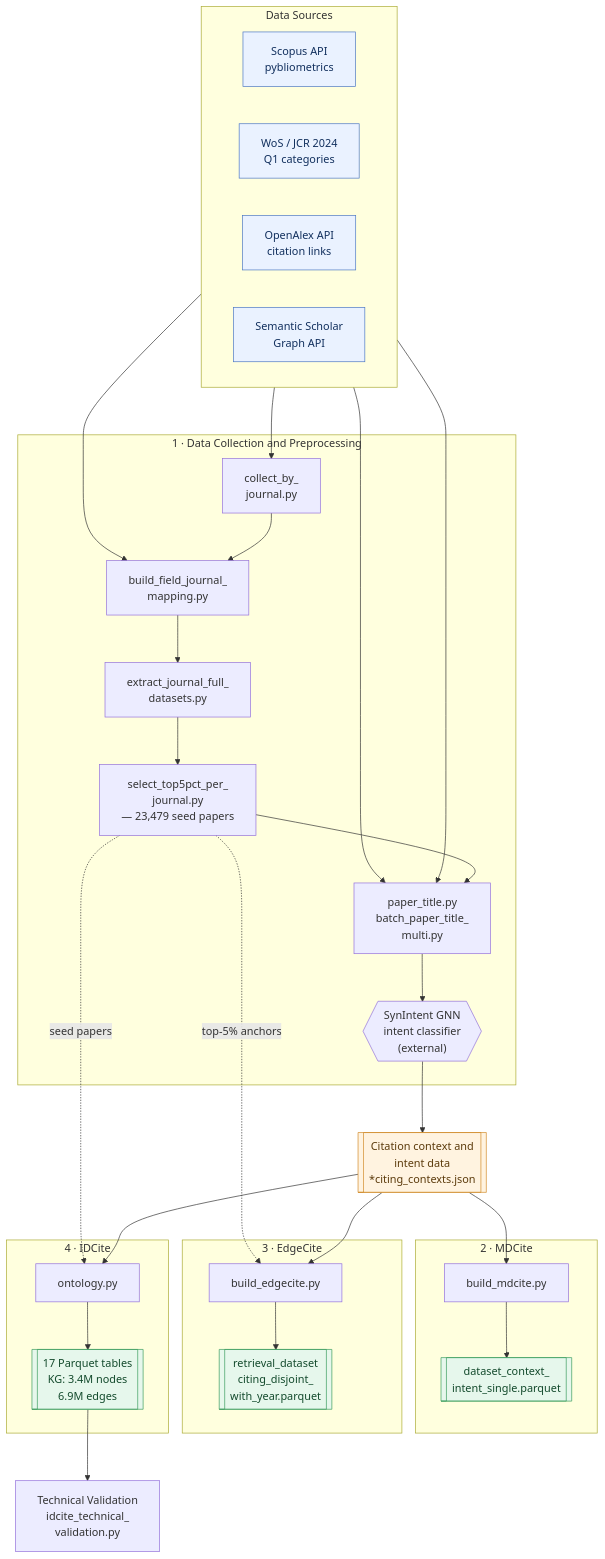
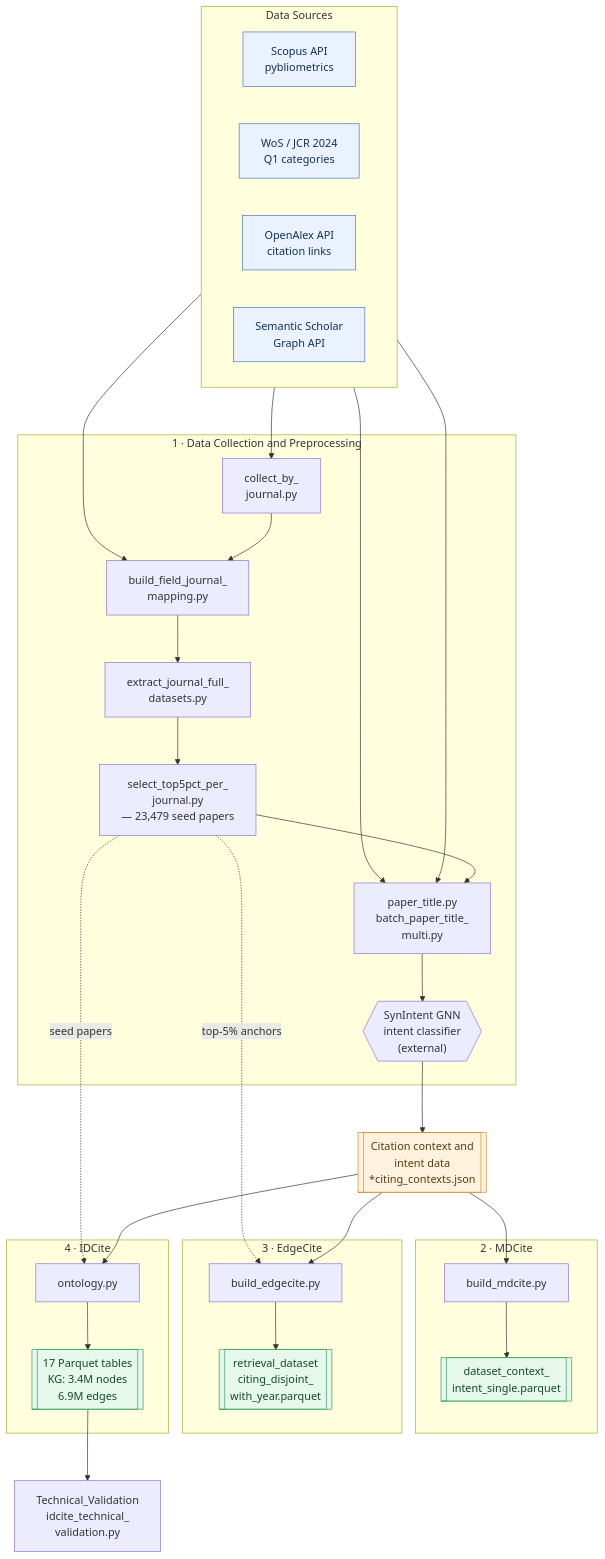
Before and after one commit to SeohyunNam/Temporal-and-Cross-Field-Robustness-of-Citation-Intent-with-Large-Language-Model: the diagram in README.md, drawn with Mermaid. The commit also changed other lines of this file and 3 other files, not shown here.

````diff
--- a/README.md
+++ b/README.md
@@ -17,54 +17,54 @@
 ```mermaid
 %%{init: {"flowchart": {"padding": 16, "nodeSpacing": 55, "rankSpacing": 70}}}%%
 flowchart TD
     subgraph SRC["Data Sources"]
         direction LR
         S1["Scopus API<br/>pybliometrics"]
         S2["WoS / JCR 2024<br/>Q1 categories"]
         S3["OpenAlex API<br/>citation links"]
         S4["Semantic Scholar<br/>Graph API"]
     end
 
     subgraph P1["1 · Data Collection and Preprocessing"]
         A1["collect_by_<br/>journal.py"]
         A2["build_field_journal_<br/>mapping.py"]
         A3["extract_journal_full_<br/>datasets.py"]
         A4["select_top5pct_per_<br/>journal.py<br/>— 23,479 seed papers"]
         A5["paper_title.py<br/>batch_paper_title_<br/>multi.py"]
         A6{{"SynIntent GNN<br/>intent classifier<br/>(external)"}}
         A1 --> A2 --> A3 --> A4 --> A5 --> A6
     end
 
     CTX[["Citation context and<br/>intent data<br/>*citing_contexts.json"]]
     A6 --> CTX
 
     subgraph P2["2 · MDCite"]
         B1["build_mdcite.py"] --> B2[["dataset_context_<br/>intent_single.parquet<br/>"]]
     end
     subgraph P3["3 · EdgeCite"]
         C1["build_edgecite.py"] --> C2[["retrieval_dataset<br/>citing_disjoint_<br/>with_year.parquet"]]
     end
     subgraph P4["4 · IDCite"]
         D1["ontology.py"] --> D2[["17 Parquet tables<br/>KG: 3.4M nodes<br/>6.9M edges"]]
     end
 
-    VAL["Technical Validation<br/>idcite_technical_<br/>validation.py"]
+    VAL["Technical_Validation<br/>idcite_technical_<br/>validation.py"]
 
     S1 --> A1
     S2 --> A2
     S3 --> A5
     S4 --> A5
     CTX --> B1
     CTX --> C1
     CTX --> D1
     A4 -. "top-5% anchors" .-> C1
     A4 -. "seed papers" .-> D1
     D2 --> VAL
 
     classDef src fill:#eaf2ff,stroke:#4a76c4,color:#12305e;
     classDef out fill:#e6f7ec,stroke:#3a9d5d,color:#134a2c;
     classDef ctx fill:#fff3e0,stroke:#d18b28,color:#5c3b0c;
     class S1,S2,S3,S4 src;
     class B2,C2,D2 out;
     class CTX ctx;
 ```
````
